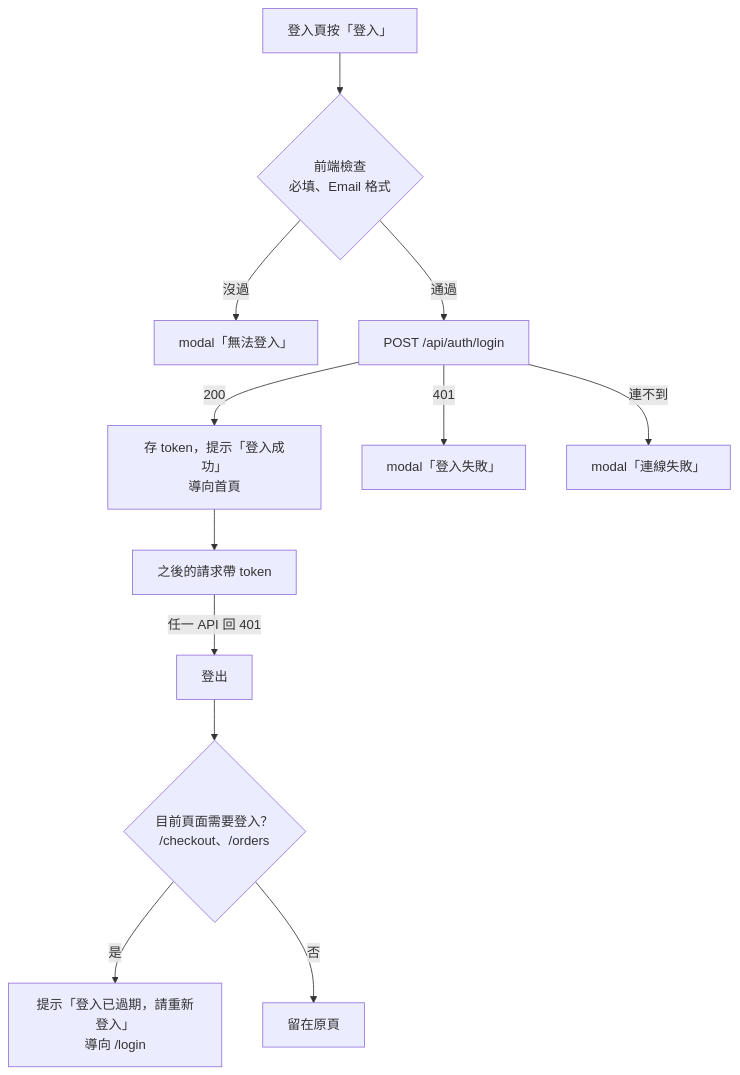
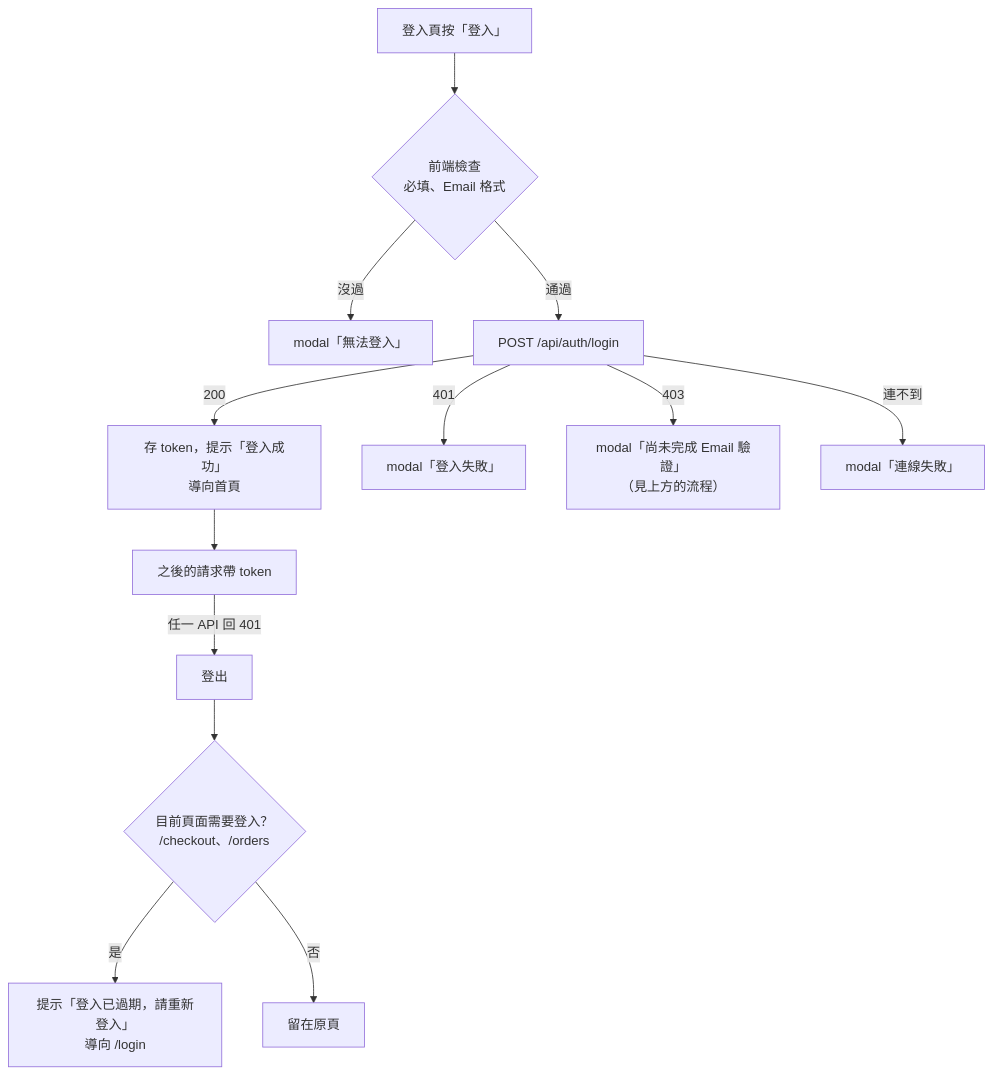
Before and after one commit to Jen-Chieh-Yu/konbini: the second of 2 diagrams in docs/modules/Auth.md, drawn with Mermaid. The commit also changed other lines of this file and 52 other files, not shown here.

````diff
--- a/docs/modules/Auth.md
+++ b/docs/modules/Auth.md
@@ -24,14 +44,15 @@
 ```mermaid
 flowchart TD
   L["登入頁按「登入」"] --> V{"前端檢查<br>必填、Email 格式"}
   V -- 沒過 --> M1["modal「無法登入」"]
   V -- 通過 --> API["POST /api/auth/login"]
   API -- 200 --> OK["存 token，提示「登入成功」<br>導向首頁"]
   API -- 401 --> M2["modal「登入失敗」"]
+  API -- 403 --> M4["modal「尚未完成 Email 驗證」<br>（見上方的流程）"]
   API -- 連不到 --> M3["modal「連線失敗」"]
   OK --> U["之後的請求帶 token"]
   U -- "任一 API 回 401" --> O["登出"]
   O --> Q{"目前頁面需要登入？<br>/checkout、/orders"}
   Q -- 是 --> R["提示「登入已過期，請重新登入」<br>導向 /login"]
   Q -- 否 --> S["留在原頁"]
 ```
````
